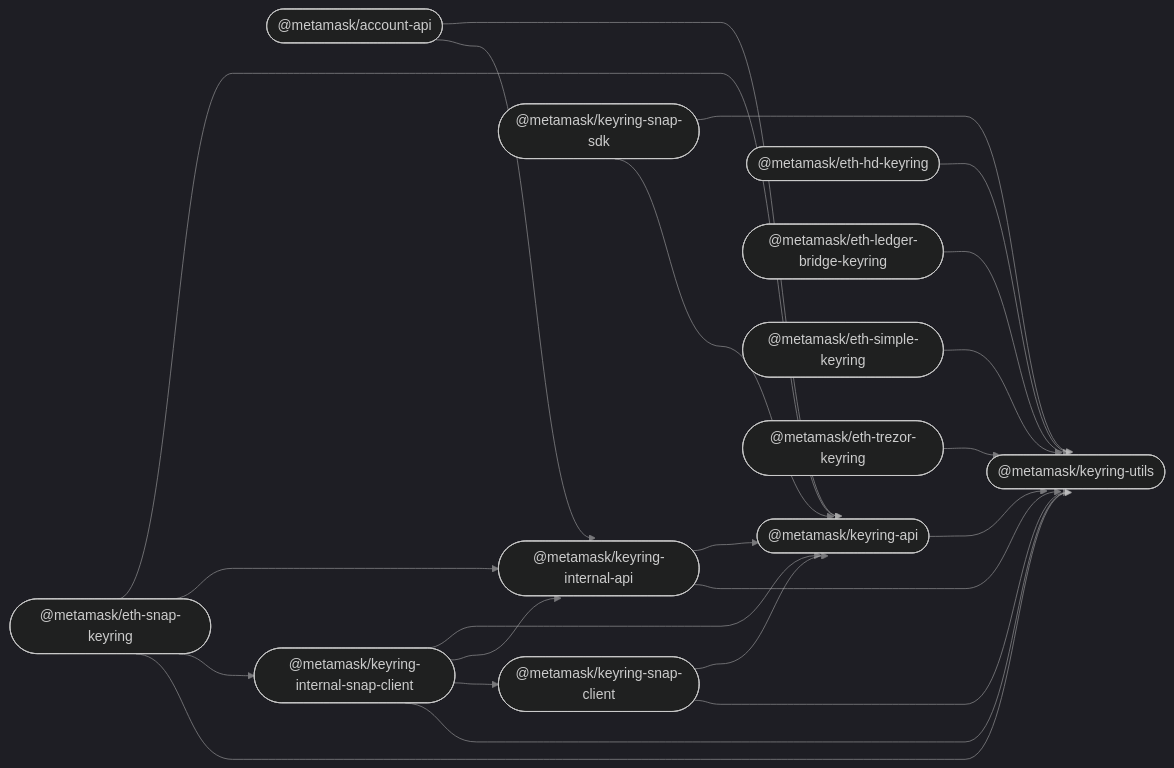
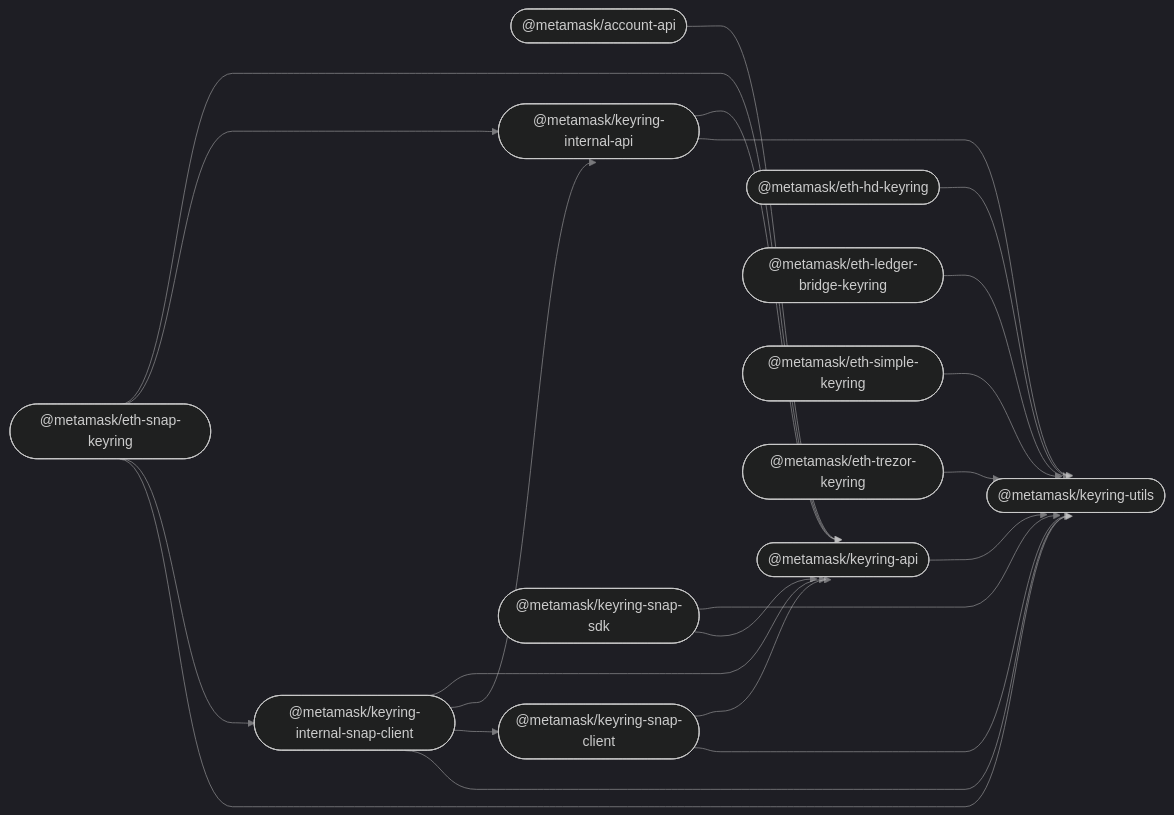
Before and after one commit to MetaMask/accounts: the diagram in README.md, drawn with Mermaid (dark theme). The commit also changed 1 other file, not shown here.

Commit message:
chore: add account-api/tests scope + update README

````diff
--- a/README.md
+++ b/README.md
@@ -34,38 +34,37 @@
 ```mermaid
 %%{ init: { 'flowchart': { 'curve': 'bumpX' } } }%%
 graph LR;
 linkStyle default opacity:0.5
   account_api(["@metamask/account-api"]);
   keyring_api(["@metamask/keyring-api"]);
   eth_hd_keyring(["@metamask/eth-hd-keyring"]);
   eth_ledger_bridge_keyring(["@metamask/eth-ledger-bridge-keyring"]);
   eth_simple_keyring(["@metamask/eth-simple-keyring"]);
   eth_trezor_keyring(["@metamask/eth-trezor-keyring"]);
   keyring_internal_api(["@metamask/keyring-internal-api"]);
   keyring_internal_snap_client(["@metamask/keyring-internal-snap-client"]);
   eth_snap_keyring(["@metamask/eth-snap-keyring"]);
   keyring_snap_client(["@metamask/keyring-snap-client"]);
   keyring_snap_sdk(["@metamask/keyring-snap-sdk"]);
   keyring_utils(["@metamask/keyring-utils"]);
   account_api --> keyring_api;
-  account_api --> keyring_internal_api;
   keyring_api --> keyring_utils;
   eth_hd_keyring --> keyring_utils;
   eth_ledger_bridge_keyring --> keyring_utils;
   eth_simple_keyring --> keyring_utils;
   eth_trezor_keyring --> keyring_utils;
   keyring_internal_api --> keyring_api;
   keyring_internal_api --> keyring_utils;
   keyring_internal_snap_client --> keyring_api;
   keyring_internal_snap_client --> keyring_internal_api;
   keyring_internal_snap_client --> keyring_snap_client;
   keyring_internal_snap_client --> keyring_utils;
   eth_snap_keyring --> keyring_api;
   eth_snap_keyring --> keyring_internal_api;
   eth_snap_keyring --> keyring_internal_snap_client;
   eth_snap_keyring --> keyring_utils;
   keyring_snap_client --> keyring_api;
   keyring_snap_client --> keyring_utils;
   keyring_snap_sdk --> keyring_utils;
   keyring_snap_sdk --> keyring_api;
 ```
````
